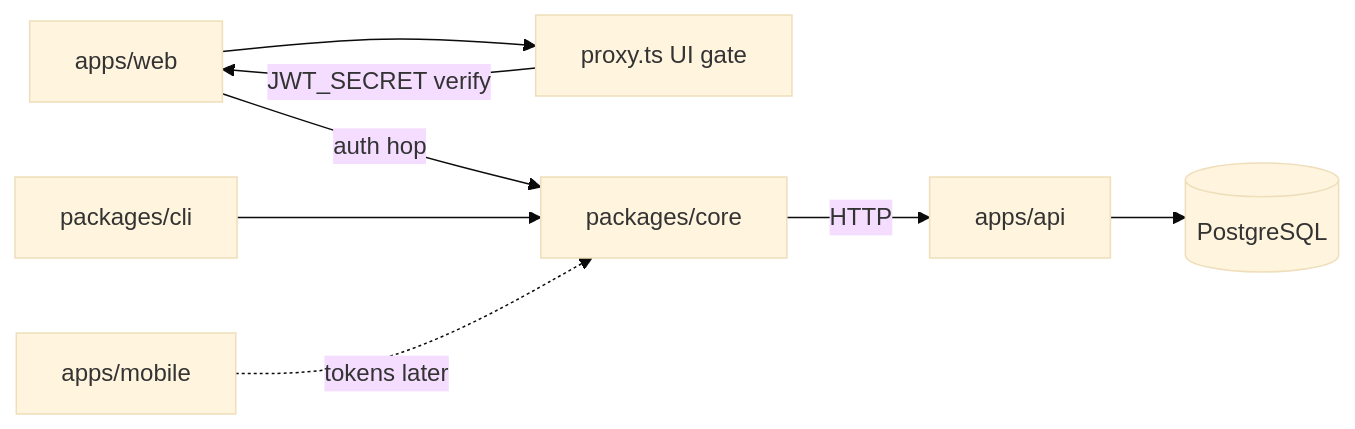
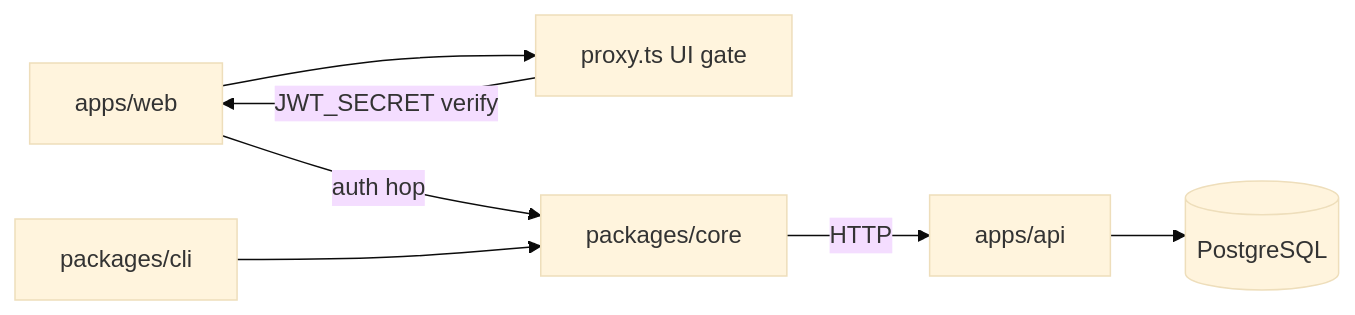
One commit to blockmatic/basilic changed the diagram in _first/basilic/ARCHITECTURE.md. Above: the diagram before and after it, drawn with Mermaid (base theme). The commit also changed 24 other files, not shown here.

````diff
--- a/_first/basilic/ARCHITECTURE.md
+++ b/_first/basilic/ARCHITECTURE.md
@@ -33,17 +33,15 @@
 ```mermaid
 flowchart LR
   web[apps/web]
   proxy[proxy.ts UI gate]
-  mobile[apps/mobile]
   cli[packages/cli]
   core[packages/core]
   api[apps/api]
   db[(PostgreSQL)]
   web --> proxy
   proxy -->|"JWT_SECRET verify"| web
   web -->|"auth hop"| core
   cli --> core
   core -->|"HTTP"| api
   api --> db
-  mobile -.->|"tokens later"| core
 ```
````
